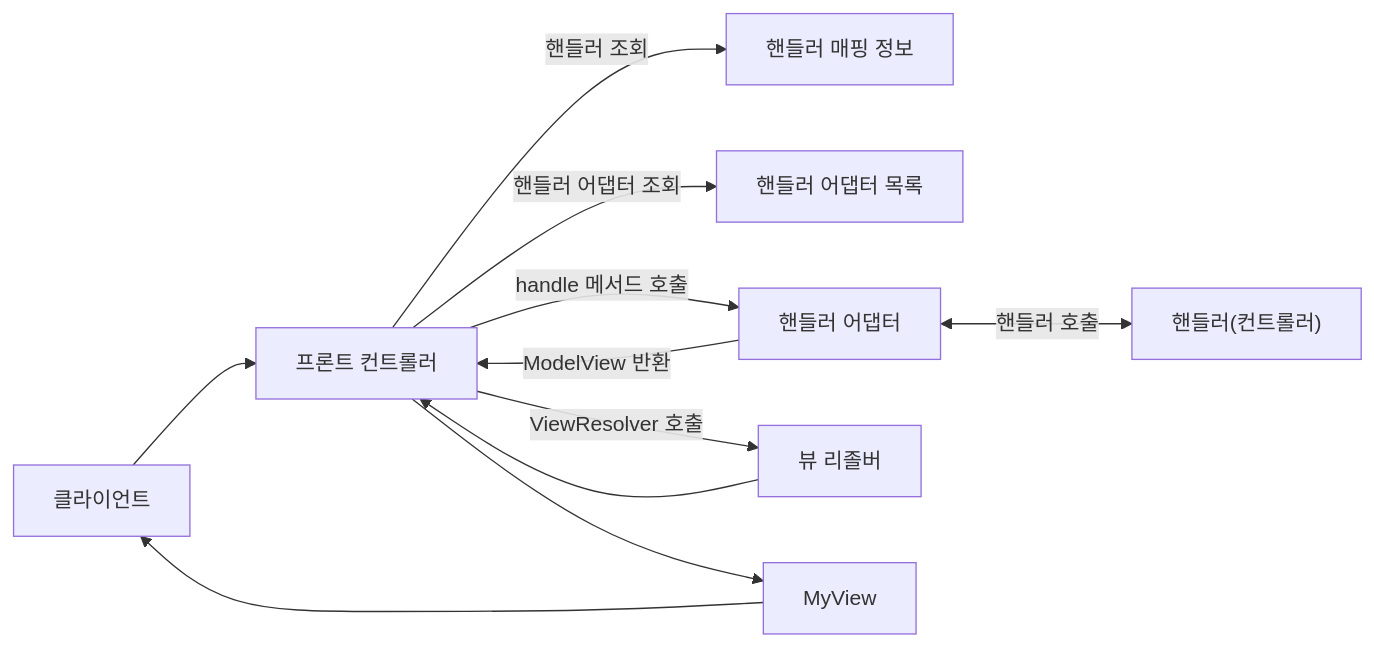
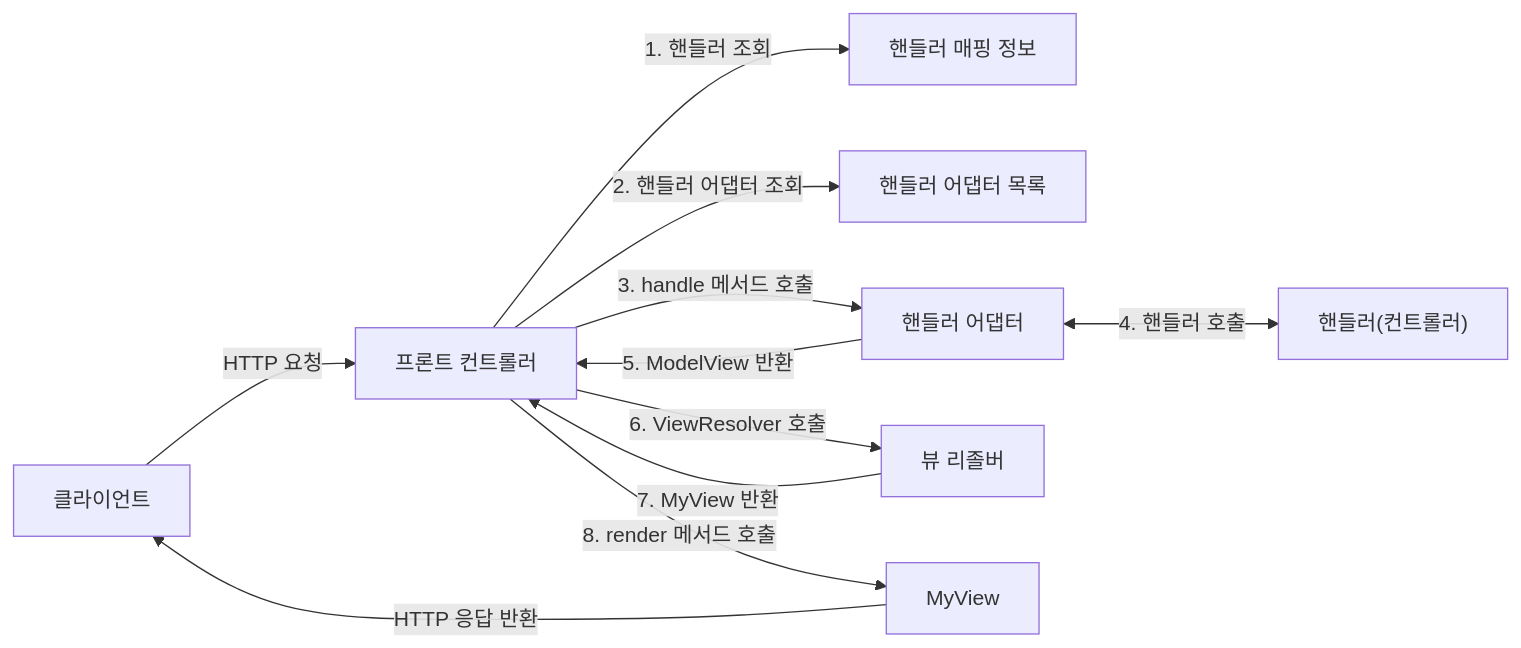
The fourth of 4 diagrams in content/Resources/프로그래밍/Java/3. Spring/2. MVC 1편/4. MVC 프레임워크 만들기.md (choiexe1/blog), drawn with Mermaid before and after one commit. The commit also changed other lines of this file, not shown here.

Commit message:
vault backup: 2024-11-21 20:17:51

````diff
--- a/content/Resources/프로그래밍/Java/3. Spring/2. MVC 1편/4. MVC 프레임워크 만들기.md
+++ b/content/Resources/프로그래밍/Java/3. Spring/2. MVC 1편/4. MVC 프레임워크 만들기.md
@@ -538,24 +541,24 @@
 ```mermaid
 flowchart LR
 클라이언트
 A["핸들러 매핑 정보"]
 B["핸들러 어댑터 목록"]
 C["프론트 컨트롤러"]
 D["핸들러 어댑터"]
 컨트롤러["핸들러(컨트롤러)"]
 F["뷰 리졸버"]
 G["MyView"]
 
-클라이언트 --> C
-C --> |핸들러 어댑터 조회| B
-C --> |handle 메서드 호출| D
-D --> |ModelView 반환| C
-C -->|핸들러 조회| A
-D <--> |핸들러 호출| 컨트롤러
-C -->|ViewResolver 호출| F
-F --> C
-C --> G
-G --> 클라이언트
+클라이언트 -->|HTTP 요청| C
+C -->|1. 핸들러 조회| A
+C --> |2. 핸들러 어댑터 조회| B
+C --> |3. handle 메서드 호출| D
+D <--> |4. 핸들러 호출| 컨트롤러
+D --> |5. ModelView 반환| C
+C -->|6. ViewResolver 호출| F
+F -->|7. MyView 반환| C
+C -->|8. render 메서드 호출| G
+G -->|HTTP 응답 반환| 클라이언트
 
 
 ```
````
